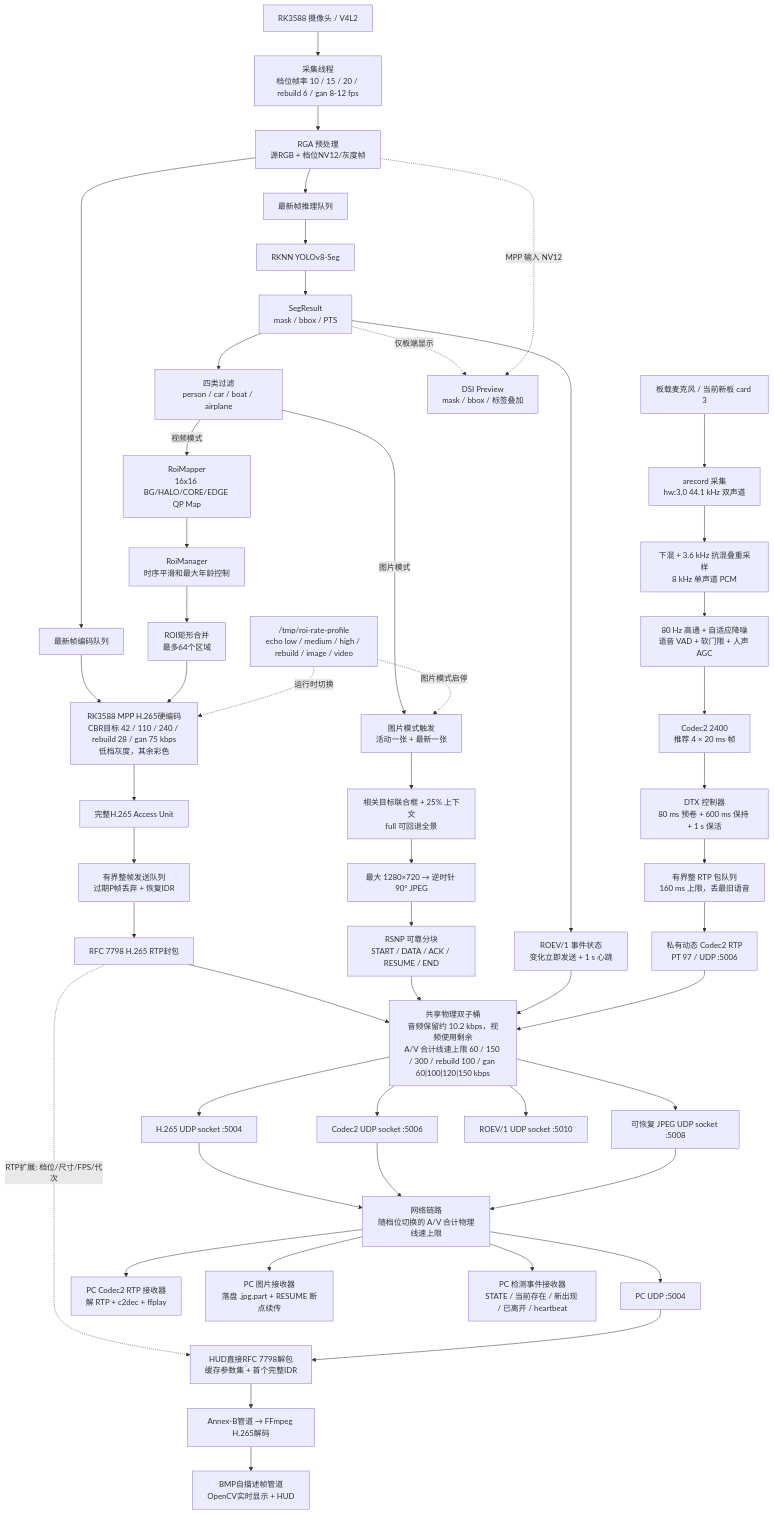
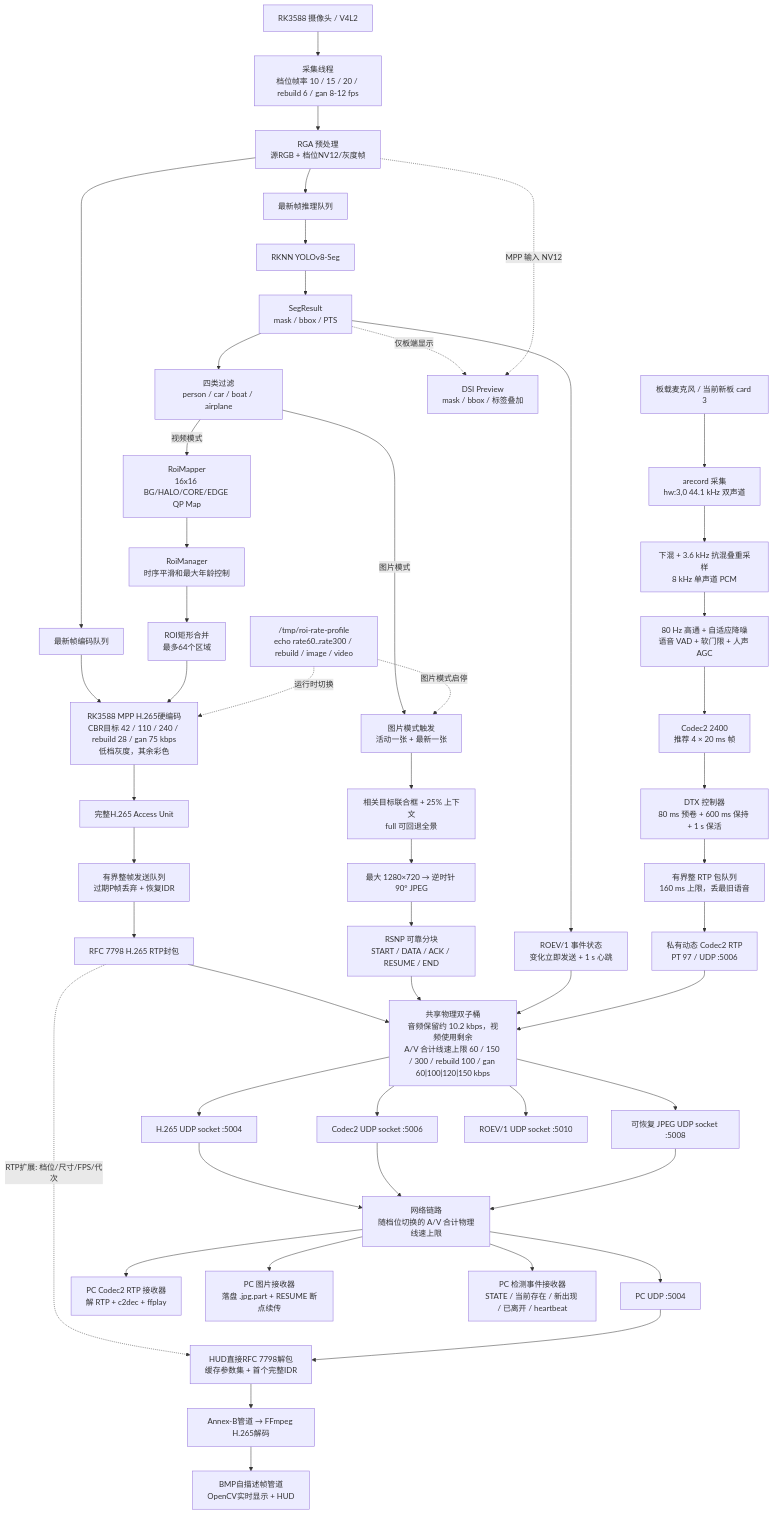
The second of 2 diagrams in README.md (caisense/VideoCompressV2), drawn with Mermaid before and after one commit. The commit also changed other lines of this file and 40 other files, not shown here.

````diff
--- a/README.md
+++ b/README.md
@@ -570,56 +605,56 @@
 ```mermaid
 flowchart TD
     CAM["RK3588 摄像头 / V4L2"] --> CAP["采集线程\n档位帧率 10 / 15 / 20 / rebuild 6 / gan 8-12 fps"]
     CAP --> RGA["RGA 预处理\n源RGB + 档位NV12/灰度帧"]
 
     RGA --> IQ["最新帧推理队列"]
     IQ --> NPU["RKNN YOLOv8-Seg"]
     NPU --> SEG["SegResult\nmask / bbox / PTS"]
     SEG --> FILTER["四类过滤\nperson / car / boat / airplane"]
     SEG --> EVENT["ROEV/1 事件状态\n变化立即发送 + 1 s 心跳"]
     FILTER -->|视频模式| MAP["RoiMapper\n16x16 BG/HALO/CORE/EDGE QP Map"]
     MAP --> TEMP["RoiManager\n时序平滑和最大年龄控制"]
     TEMP --> MERGE["ROI矩形合并\n最多64个区域"]
 
     RGA --> EQ["最新帧编码队列"]
     EQ --> MPP["RK3588 MPP H.265硬编码\nCBR目标 42 / 110 / 240 / rebuild 28 / gan 75 kbps\n低档灰度，其余彩色"]
     MERGE --> MPP
     MPP --> AU["完整H.265 Access Unit"]
     AU --> SENDQ["有界整帧发送队列\n过期P帧丢弃 + 恢复IDR"]
     SENDQ --> RTP["RFC 7798 H.265 RTP封包"]
     FILTER -->|图片模式| SNAPQ["图片模式触发\n活动一张 + 最新一张"]
     SNAPQ --> CROP["相关目标联合框 + 25% 上下文\nfull 可回退全景"]
     CROP --> JPEG["最大 1280×720 → 逆时针 90° JPEG"]
     JPEG --> SREL["RSNP 可靠分块\nSTART / DATA / ACK / RESUME / END"]
     RTP --> PACER["共享物理双子桶\n音频保留约 10.2 kbps，视频使用剩余\nA/V 合计线速上限 60 / 150 / 300 / rebuild 100 / gan 60|100|120|150 kbps"]
     SREL --> PACER
     EVENT --> PACER
     MIC["板载麦克风 / 当前新板 card 3"] --> ARECORD["arecord 采集\nhw:3,0 44.1 kHz 双声道"]
     ARECORD --> PCM["下混 + 3.6 kHz 抗混叠重采样\n8 kHz 单声道 PCM"]
     PCM --> ADSP["80 Hz 高通 + 自适应降噪\n语音 VAD + 软门限 + 人声 AGC"]
     ADSP --> C2["Codec2 2400\n推荐 4 × 20 ms 帧"]
     C2 --> DTX["DTX 控制器\n80 ms 预卷 + 600 ms 保持 + 1 s 保活"]
     DTX --> AQ["有界整 RTP 包队列\n160 ms 上限，丢最旧语音"]
     AQ --> ARTP["私有动态 Codec2 RTP\nPT 97 / UDP :5006"]
     ARTP --> PACER
-    CTRL["/tmp/roi-rate-profile\necho low / medium / high / rebuild / image / video"] -. "运行时切换" .-> MPP
+    CTRL["/tmp/roi-rate-profile\necho rate60..rate300 / rebuild / image / video"] -. "运行时切换" .-> MPP
     CTRL -. "图片模式启停" .-> SNAPQ
     RTP -. "RTP扩展: 档位/尺寸/FPS/代次" .-> PROXY
     PACER --> UDP["H.265 UDP socket :5004"]
     PACER --> AUDP["Codec2 UDP socket :5006"]
     PACER --> SUDP["可恢复 JPEG UDP socket :5008"]
     PACER --> EUDP["ROEV/1 UDP socket :5010"]
     UDP --> NET["网络链路\n随档位切换的 A/V 合计物理线速上限"]
     AUDP --> NET
     SUDP --> NET
     NET --> PCRX["PC UDP :5004"]
     PCRX --> PROXY["HUD直接RFC 7798解包\n缓存参数集 + 首个完整IDR"]
     PROXY --> DEC["Annex-B管道 → FFmpeg H.265解码"]
     DEC --> HUD["BMP自描述帧管道\nOpenCV实时显示 + HUD"]
     NET --> ARX["PC Codec2 RTP 接收器\n解 RTP + c2dec + ffplay"]
     NET --> SRX["PC 图片接收器\n落盘 .jpg.part + RESUME 断点续传"]
     NET --> ERX["PC 检测事件接收器\nSTATE / 当前存在 / 新出现 / 已离开 / heartbeat"]
 
     SEG -. "仅板端显示" .-> PREVIEW["DSI Preview\nmask / bbox / 标签叠加"]
     RGA -. "MPP 输入 NV12" .-> PREVIEW
 ```
````
